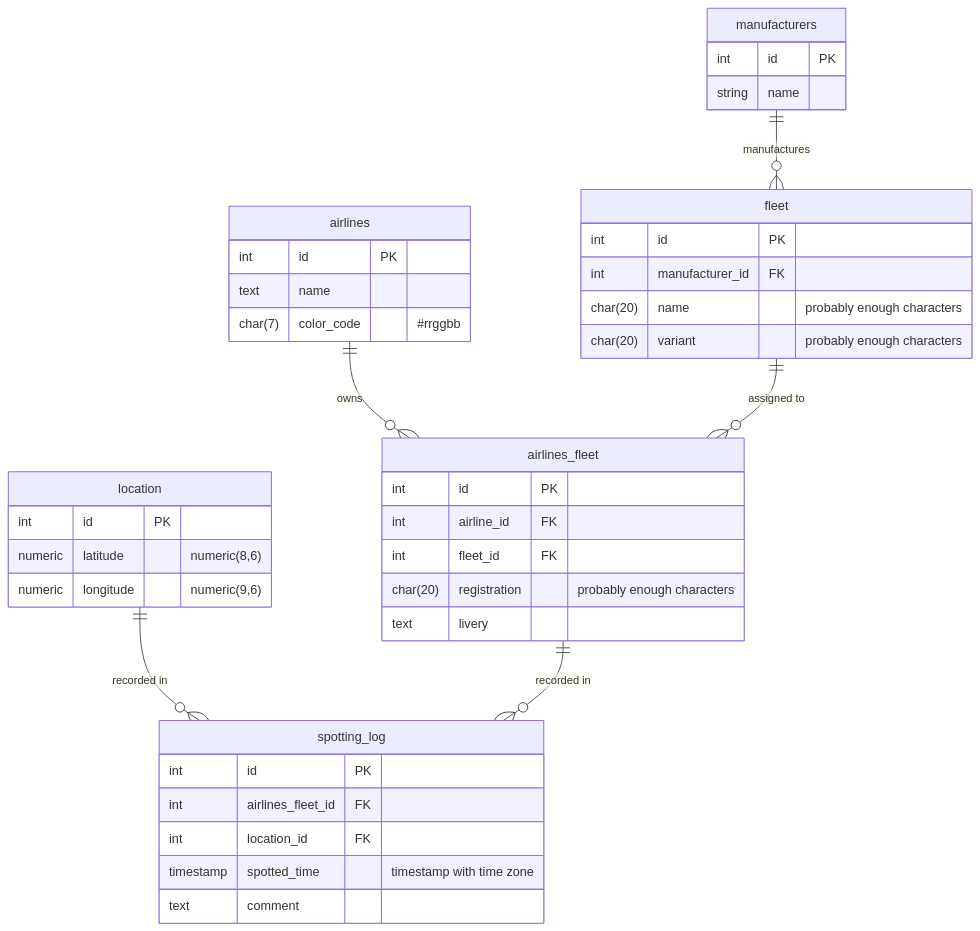
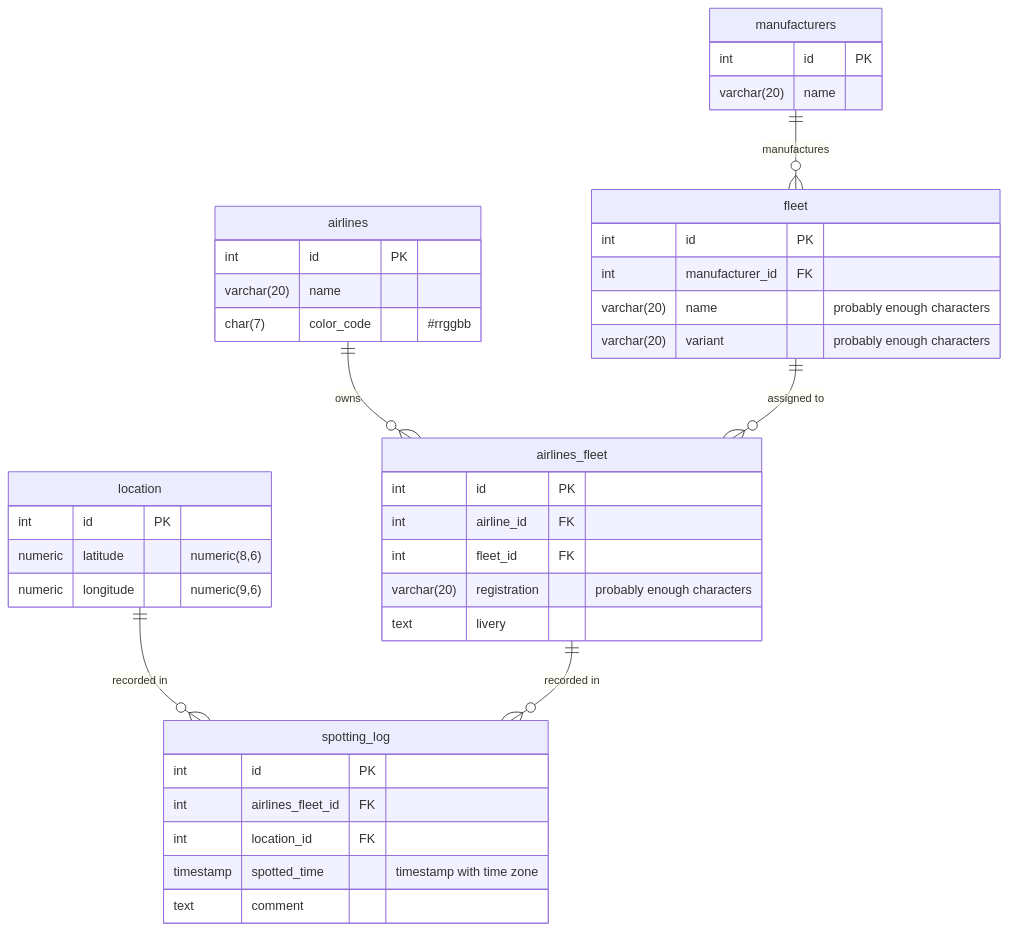
One commit to ishichanpen/plane_spotting_log changed the diagram in server/README.md. Above: the diagram before and after it, drawn with Mermaid.

````diff
--- a/server/README.md
+++ b/server/README.md
@@ -4,48 +4,48 @@
 ```mermaid
 erDiagram
   airlines {
     int id PK
-    text name
+    varchar(20) name
     char(7) color_code "#rrggbb"
   }
 
   manufacturers {
     int id PK
-    string name
+    varchar(20) name
   }
 
   fleet {
     int id PK
     int manufacturer_id FK
-    char(20) name "probably enough characters"
-    char(20) variant "probably enough characters"
+    varchar(20) name "probably enough characters"
+    varchar(20) variant "probably enough characters"
   }
 
   airlines_fleet {
     int id PK
     int airline_id FK
     int fleet_id FK
-    char(20) registration "probably enough characters"
+    varchar(20) registration "probably enough characters"
     text livery
   }
 
   location {
     int id PK
     numeric latitude "numeric(8,6)"
     numeric longitude "numeric(9,6)"
   }
 
   spotting_log {
     int id PK
     int airlines_fleet_id FK
     int location_id FK
     timestamp spotted_time "timestamp with time zone"
     text comment
   }
 
   manufacturers ||--o{ fleet : "manufactures"
   airlines ||--o{ airlines_fleet : "owns"
   fleet ||--o{ airlines_fleet : "assigned to"
   location ||--o{ spotting_log : "recorded in"
   airlines_fleet ||--o{ spotting_log : "recorded in"
 ```
````
